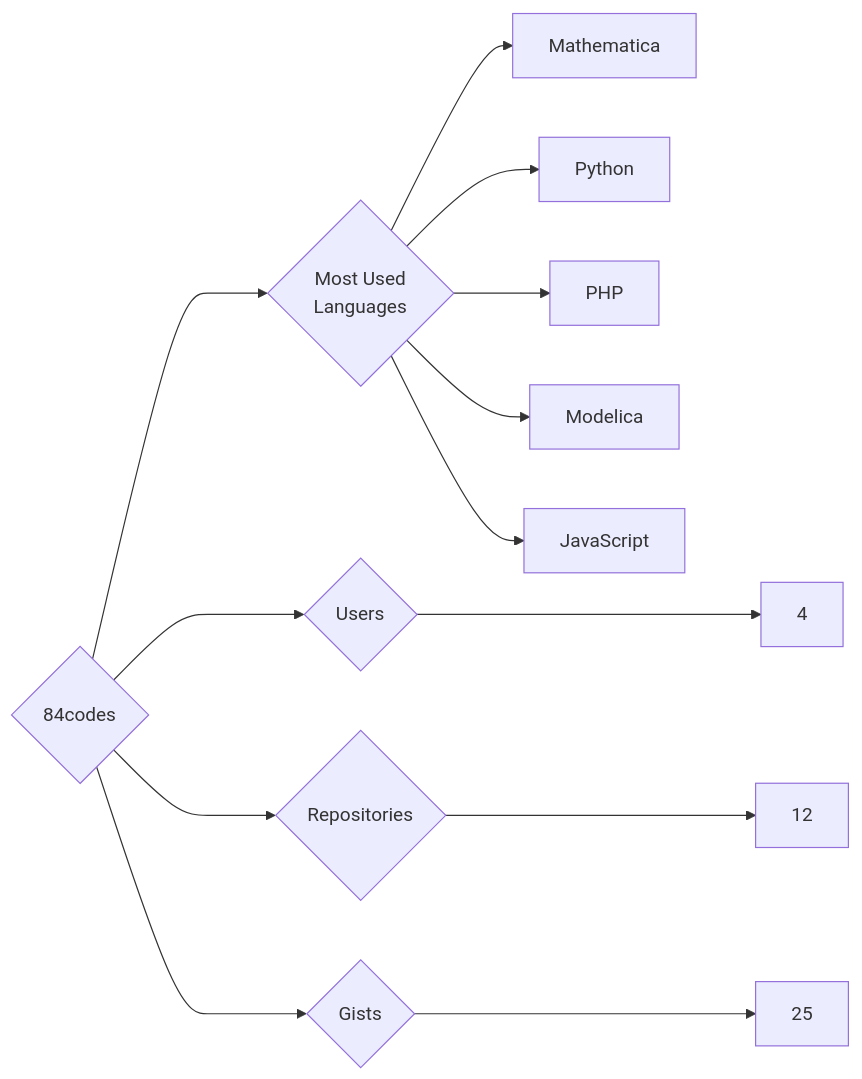
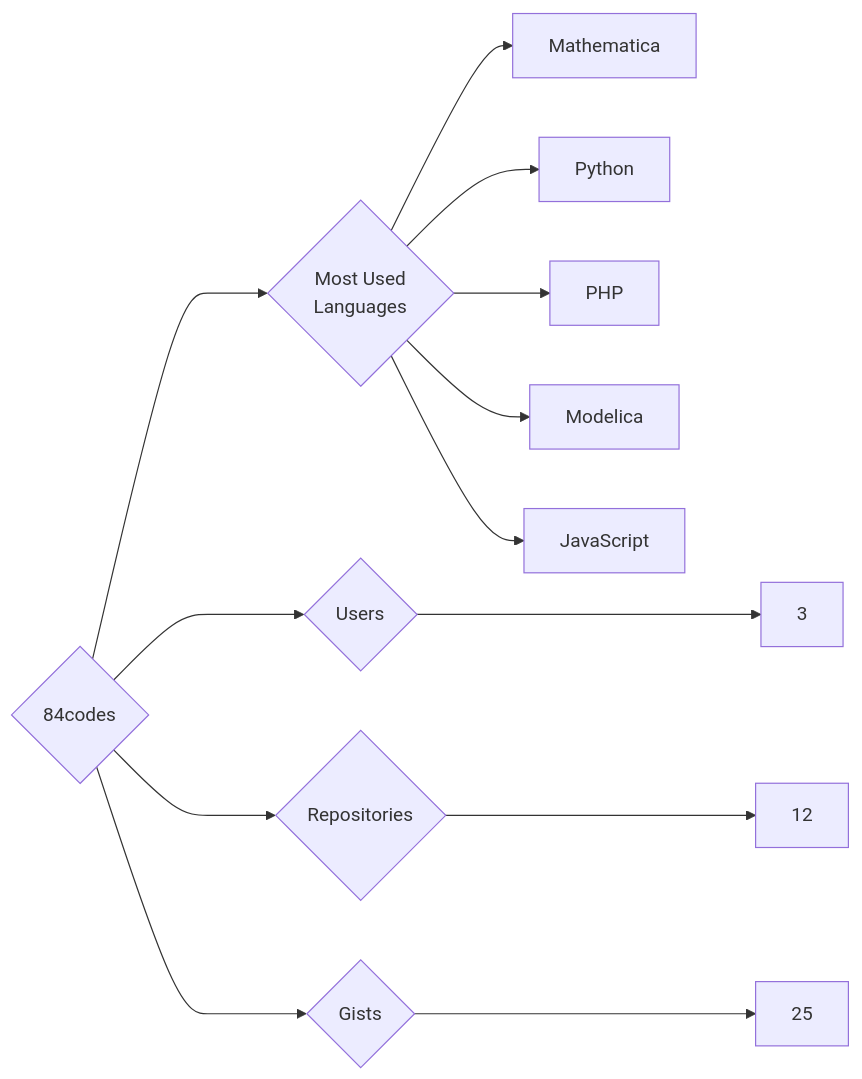
The diagram in targets/84codes/README.md (trickest/insiders), drawn with Mermaid before and after one commit. The commit also changed 1212 other files, not shown here.

````diff
--- a/targets/84codes/README.md
+++ b/targets/84codes/README.md
@@ -3,13 +3,13 @@
 ```mermaid
 graph LR
 COMPANY_NAME{84codes}
-COMPANY_NAME ---> U{Users} ---> UN[4]
+COMPANY_NAME ---> U{Users} ---> UN[3]
 COMPANY_NAME ---> R{Repositories} ---> RN[12]
 COMPANY_NAME ---> G{Gists} ---> GN[25]
 COMPANY_NAME ---> ML{Most Used<br>Languages}
 ML --> Mathematica[Mathematica]
 ML --> Python[Python]
 ML --> PHP[PHP]
 ML --> Modelica[Modelica]
 ML --> JavaScript[JavaScript]
 ```
````
